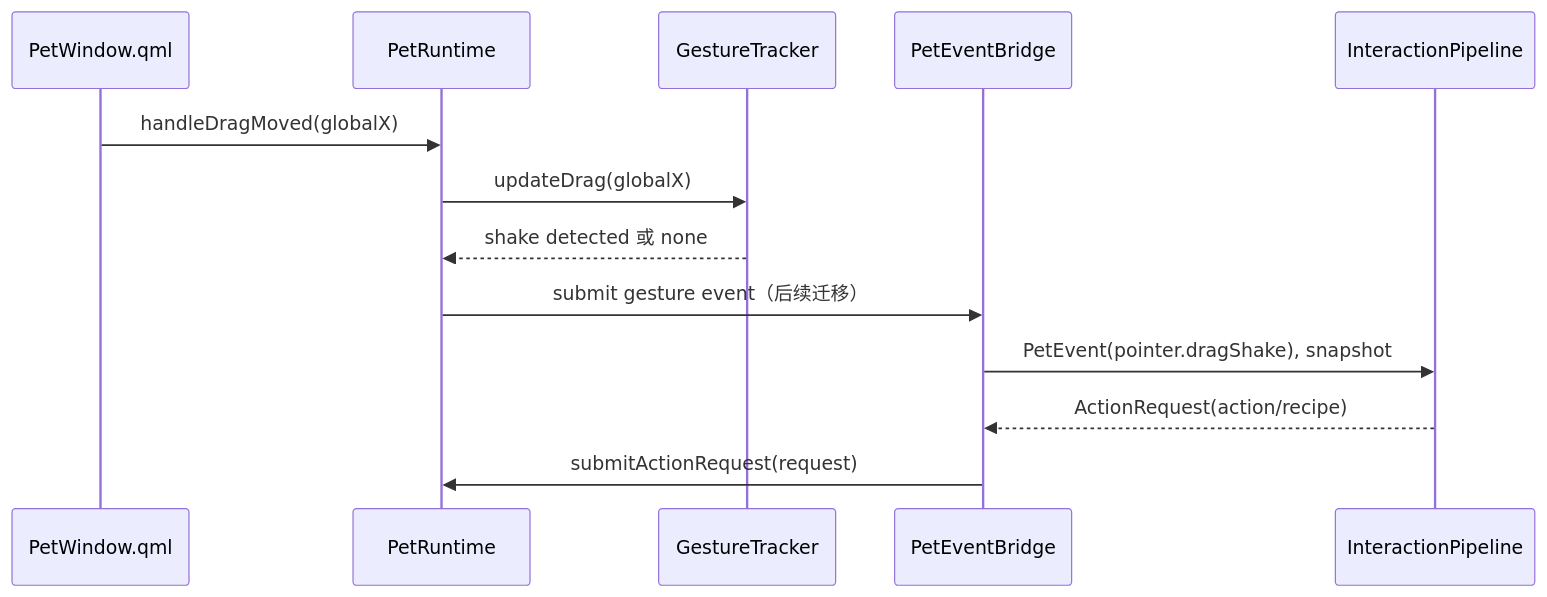
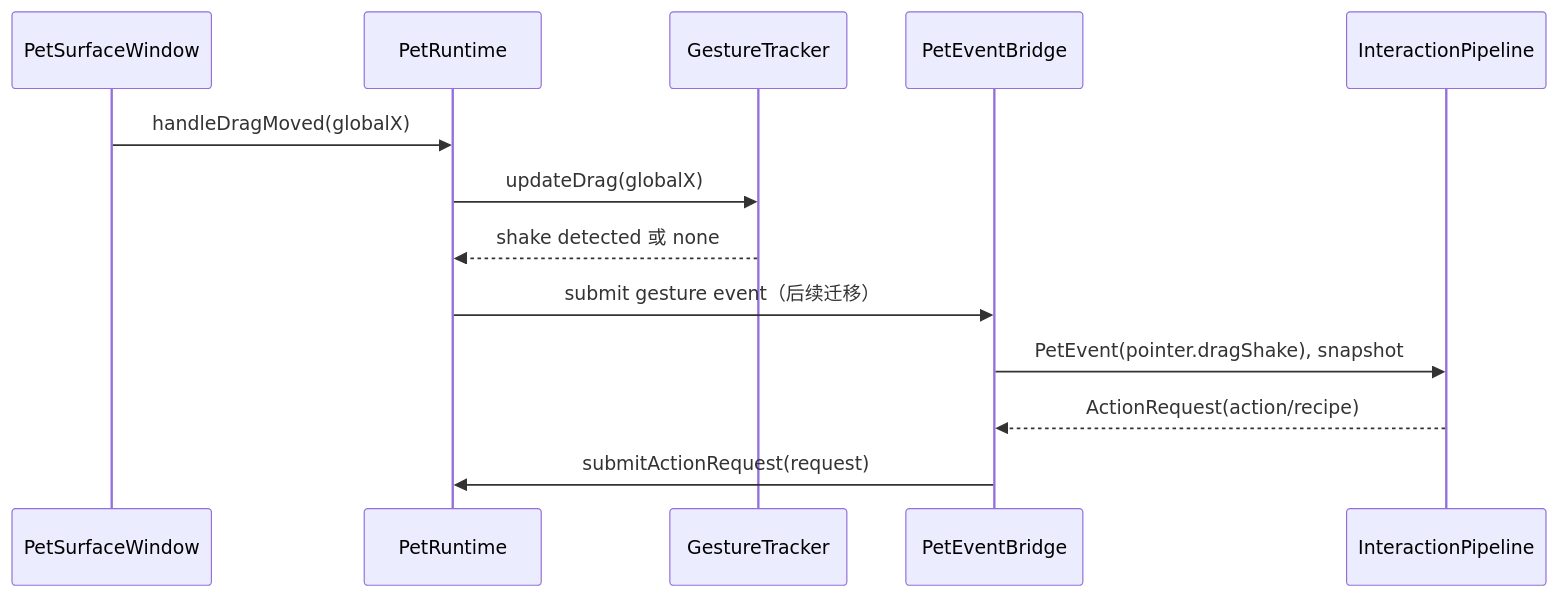
Before and after one commit to tiantian180/MilesEdgeworth: the fourth of 5 diagrams in docs/v2/设计方案/桌宠运行时职责拆分设计.md, drawn with Mermaid. The commit also changed other lines of this file and 36 other files, not shown here.

Commit message:
test: add architecture guardrails

````diff
--- a/docs/v2/设计方案/桌宠运行时职责拆分设计.md
+++ b/docs/v2/设计方案/桌宠运行时职责拆分设计.md
@@ -648,16 +650,16 @@
 ```mermaid
 sequenceDiagram
-    participant QML as PetWindow.qml
+    participant Surface as PetSurfaceWindow
     participant Runtime as PetRuntime
     participant Gesture as GestureTracker
     participant Bridge as PetEventBridge
     participant Pipeline as InteractionPipeline
 
-    QML->>Runtime: handleDragMoved(globalX)
+    Surface->>Runtime: handleDragMoved(globalX)
     Runtime->>Gesture: updateDrag(globalX)
     Gesture-->>Runtime: shake detected 或 none
     Runtime->>Bridge: submit gesture event（后续迁移）
     Bridge->>Pipeline: PetEvent(pointer.dragShake), snapshot
     Pipeline-->>Bridge: ActionRequest(action/recipe)
     Bridge->>Runtime: submitActionRequest(request)
 ```
````
